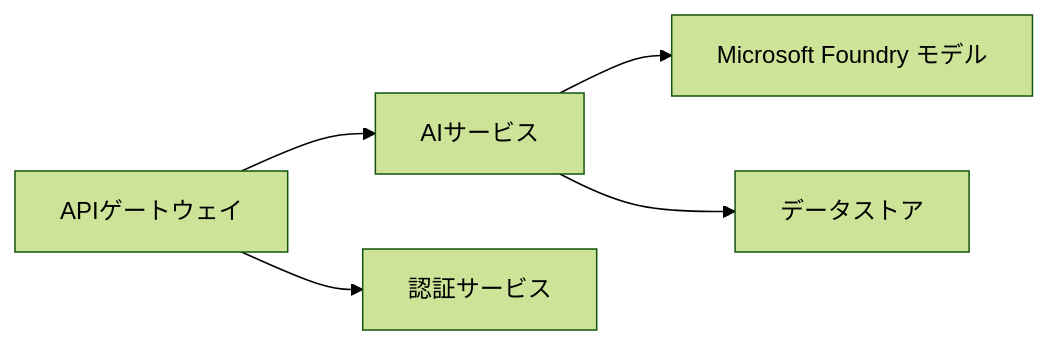
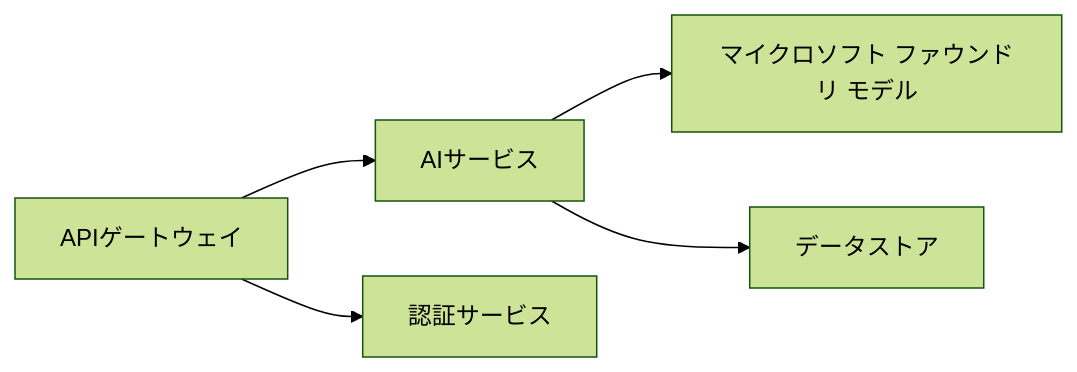
Before and after one commit to microsoft/AZD-for-beginners: the first of 2 diagrams in translations/ja/docs/chapter-08-production/README.md, drawn with Mermaid (forest theme). The commit also changed other lines of this file and 104 other files, not shown here.

````diff
--- a/translations/ja/docs/chapter-08-production/README.md
+++ b/translations/ja/docs/chapter-08-production/README.md
@@ -48,6 +48,6 @@
 ```mermaid
 graph LR
-    Gateway[APIゲートウェイ] --> AI[AIサービス] --> Models[Microsoft Foundry モデル]
+    Gateway[APIゲートウェイ] --> AI[AIサービス] --> Models[マイクロソフト ファウンドリ モデル]
     Gateway --> Auth[認証サービス]
     AI --> Data[データストア]
 ```
````
